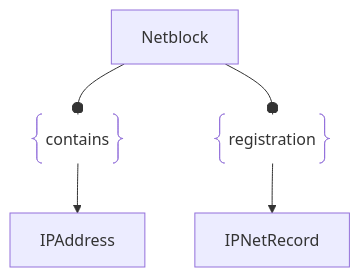
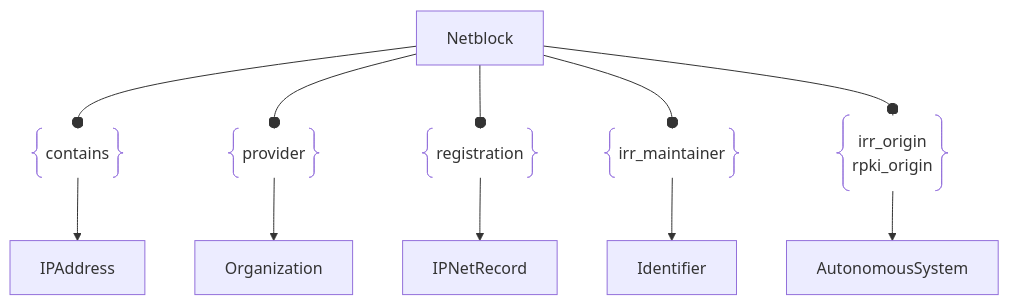
One commit to owasp-amass/docs changed the diagram in docs/open_asset_model/assets/netblock.md. Above: the diagram before and after it, drawn with Mermaid. The commit also changed other lines of this file and 105 other files, not shown here.

````diff
--- a/docs/open_asset_model/assets/netblock.md
+++ b/docs/open_asset_model/assets/netblock.md
@@ -29,13 +46,29 @@
 ```mermaid
 graph TD
 netblock["Netblock"]
 ipaddr["IPAddress"]
 contains@{ shape: braces, label: "contains" }
 netblock --o contains
 contains --> ipaddr
 
+org["Organization"]
+provrel@{ shape: braces, label: "provider" }
+netblock --o provrel
+provrel --> org
+
 iprec["IPNetRecord"]
 regrel@{ shape: braces, label: "registration"}
 netblock --o regrel
 regrel --> iprec
+
+ident["Identifier"]
+mntrel@{ shape: braces, label: "irr_maintainer"}
+netblock --o mntrel
+mntrel --> ident
+
+autsys["AutonomousSystem"]
+roarel@{ shape: braces, label: "irr_origin
+rpki_origin"}
+netblock --o roarel
+roarel --> autsys
 ```
````
